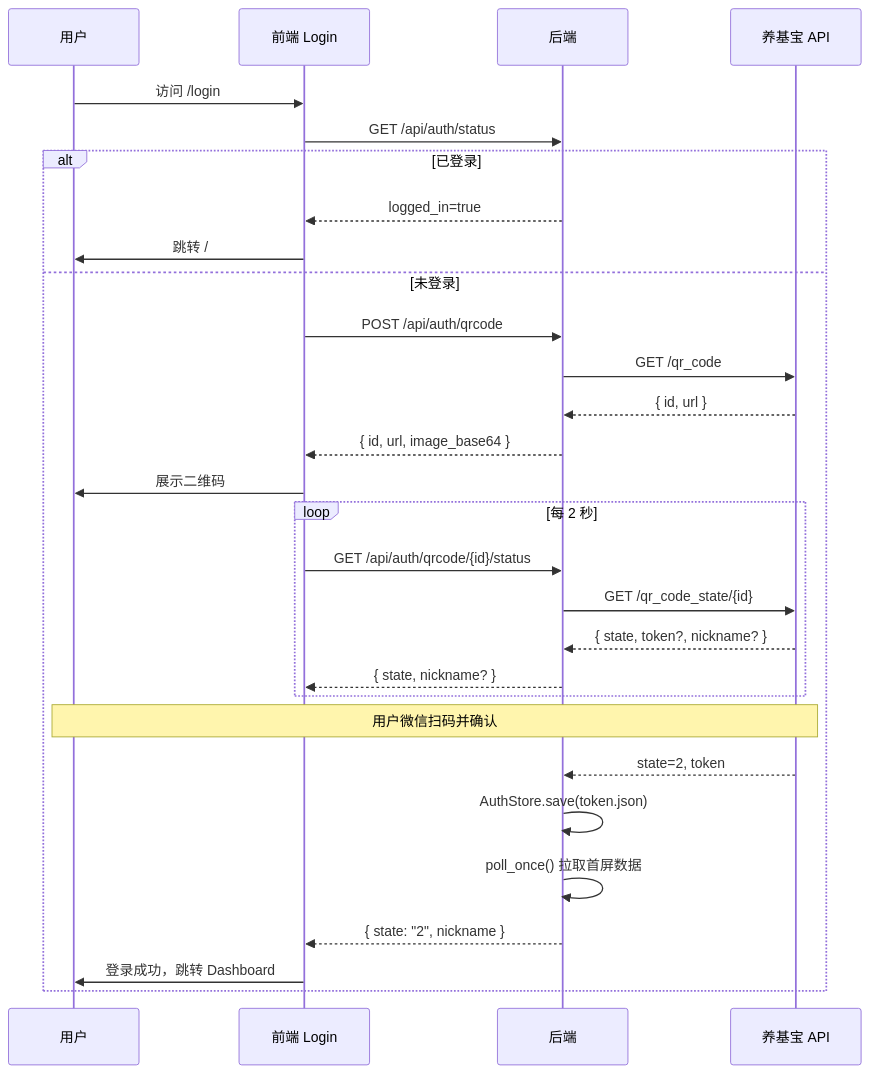
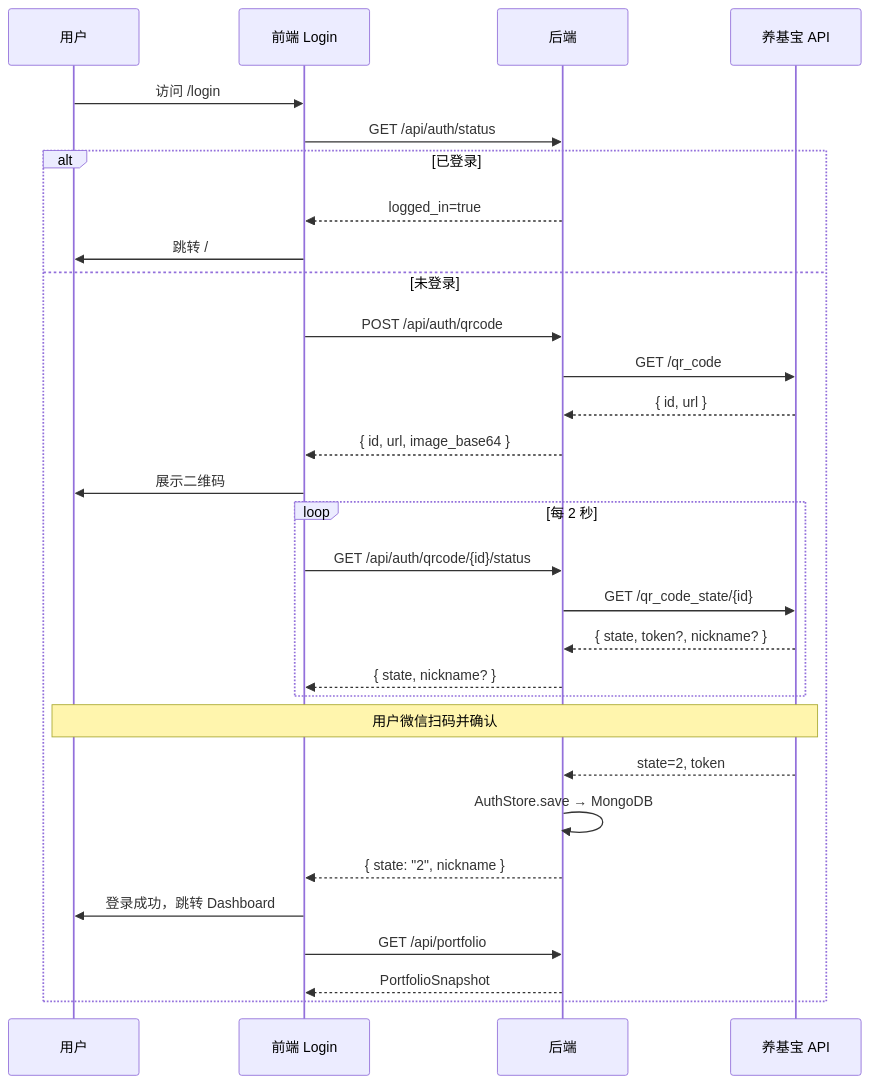
One commit to ChinaCarlos/fund-helper changed the second of 8 diagrams in TECH.md. Above: the diagram before and after it, drawn with Mermaid. The commit also changed other lines of this file and 64 other files, not shown here.

````diff
--- a/TECH.md
+++ b/TECH.md
@@ -915,34 +1139,35 @@
 ```mermaid
 sequenceDiagram
     participant U as 用户
     participant F as 前端 Login
     participant B as 后端
     participant Y as 养基宝 API
 
     U->>F: 访问 /login
     F->>B: GET /api/auth/status
     alt 已登录
         B-->>F: logged_in=true
         F->>U: 跳转 /
     else 未登录
         F->>B: POST /api/auth/qrcode
         B->>Y: GET /qr_code
         Y-->>B: { id, url }
         B-->>F: { id, url, image_base64 }
         F->>U: 展示二维码
 
         loop 每 2 秒
             F->>B: GET /api/auth/qrcode/{id}/status
             B->>Y: GET /qr_code_state/{id}
             Y-->>B: { state, token?, nickname? }
             B-->>F: { state, nickname? }
         end
 
         Note over U,Y: 用户微信扫码并确认
         Y-->>B: state=2, token
-        B->>B: AuthStore.save(token.json)
-        B->>B: poll_once() 拉取首屏数据
+        B->>B: AuthStore.save → MongoDB
         B-->>F: { state: "2", nickname }
         F->>U: 登录成功，跳转 Dashboard
+        F->>B: GET /api/portfolio
+        B-->>F: PortfolioSnapshot
     end
 ```
````
